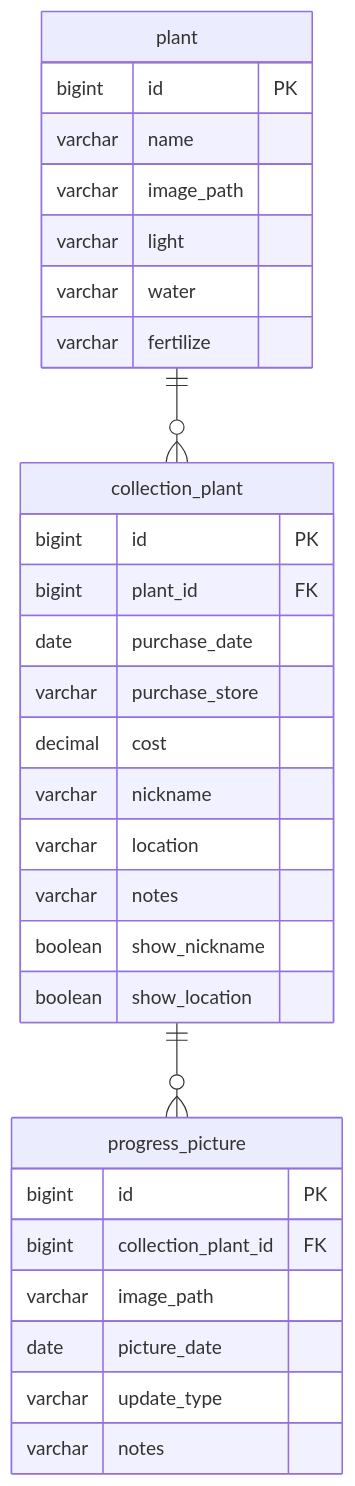
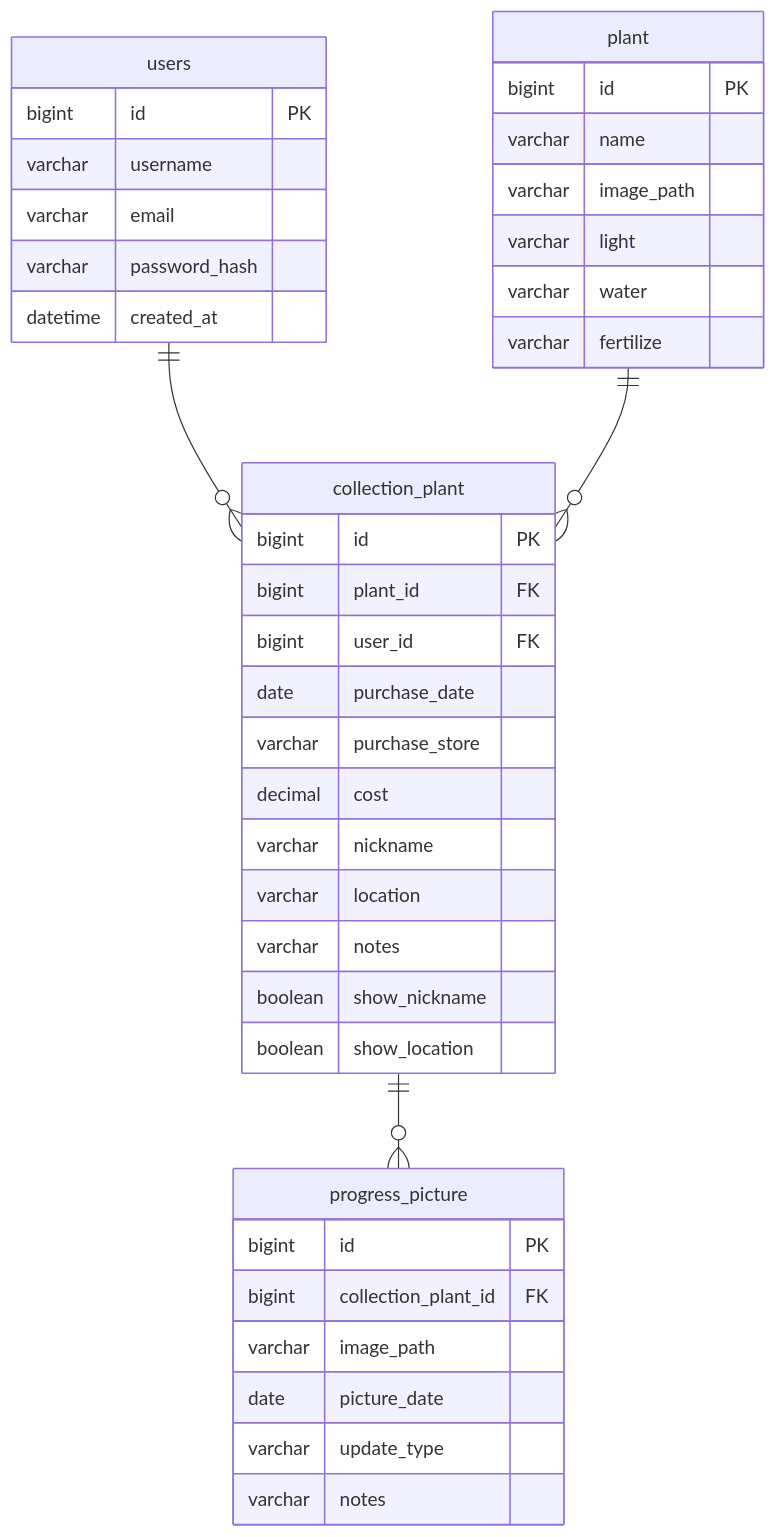
Before and after one commit to tiff-m-tech/plant-thyme-full-stack: the diagram in README.md, drawn with Mermaid. The commit also changed other lines of this file, not shown here.

Commit message:
Update README with users table, auth, and API access rules.

````diff
--- a/README.md
+++ b/README.md
@@ -282,36 +284,46 @@
 ```mermaid
 erDiagram
+    users ||--o{ collection_plant : ""
     plant ||--o{ collection_plant : ""
     collection_plant ||--o{ progress_picture : ""
+
+    users {
+        bigint id PK
+        varchar username
+        varchar email
+        varchar password_hash
+        datetime created_at
+    }
 
     plant {
         bigint id PK
         varchar name
         varchar image_path
         varchar light
         varchar water
         varchar fertilize
     }
 
     collection_plant {
         bigint id PK
         bigint plant_id FK
+        bigint user_id FK
         date purchase_date
         varchar purchase_store
         decimal cost
         varchar nickname
         varchar location
         varchar notes
         boolean show_nickname
         boolean show_location
     }
 
     progress_picture {
         bigint id PK
         bigint collection_plant_id FK
         varchar image_path
         date picture_date
         varchar update_type
         varchar notes
     }
 ```
````
